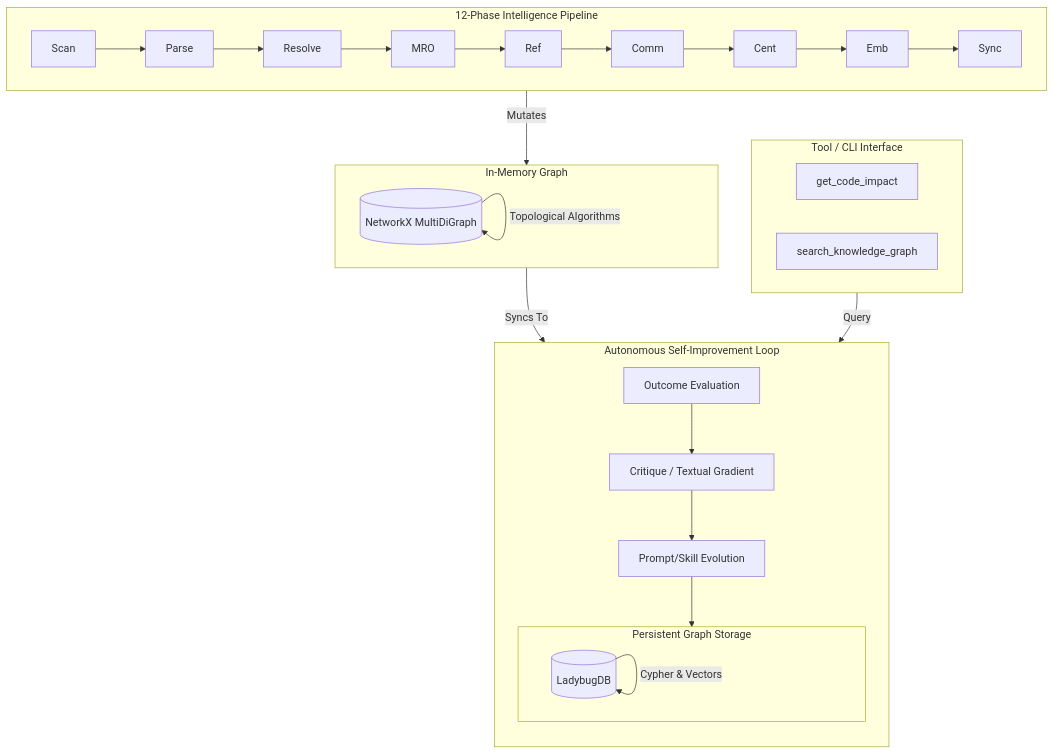
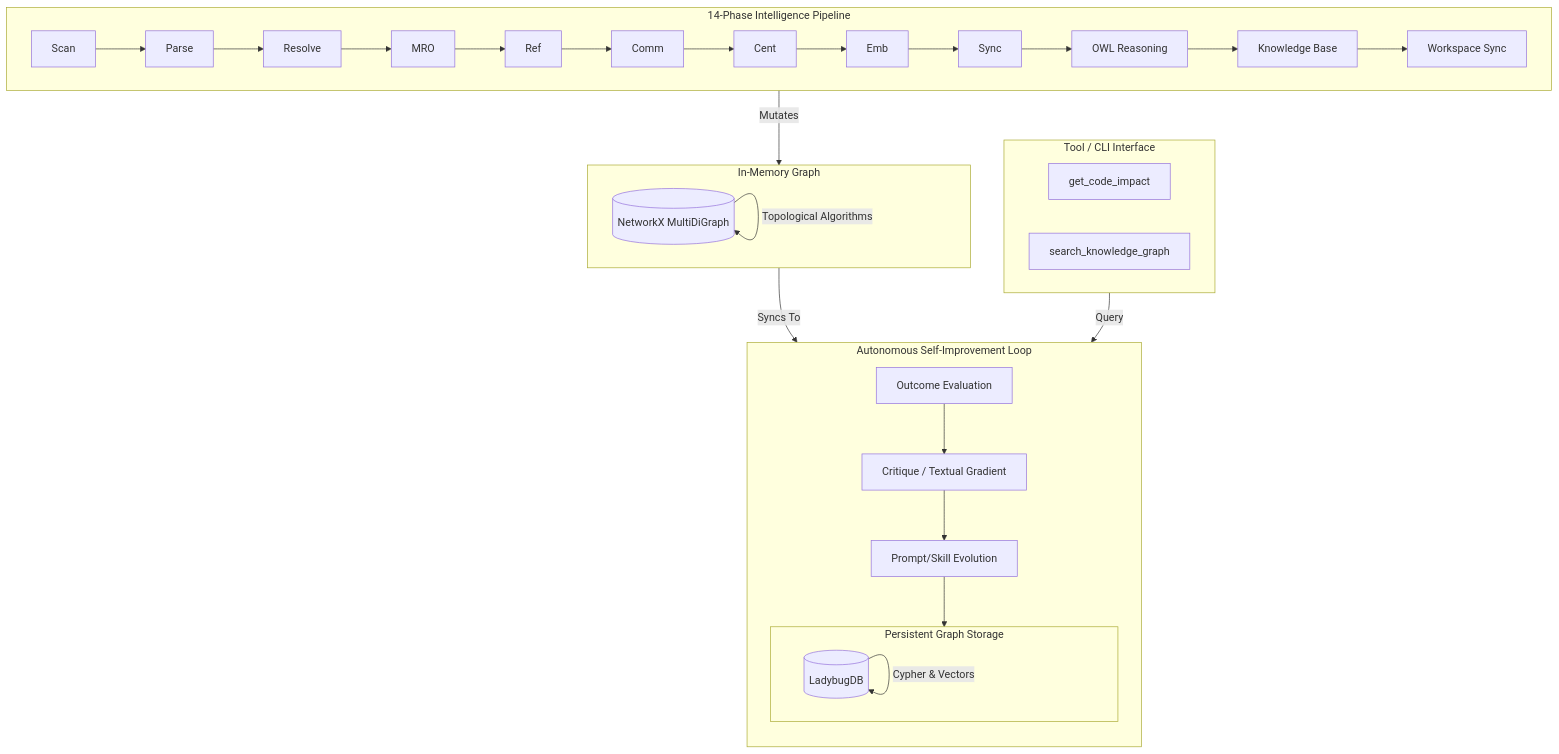
Before and after one commit to Knuckles-Team/agent-utilities: the first of 5 diagrams in README.md, drawn with Mermaid. The commit also changed other lines of this file and 189 other files, not shown here.

````diff
--- a/README.md
+++ b/README.md
@@ -81,33 +83,33 @@
 ```mermaid
 graph TD
-    subgraph Ingestion_Pipeline [12-Phase Intelligence Pipeline]
+    subgraph Ingestion_Pipeline [14-Phase Intelligence Pipeline]
         direction LR
-        Scan --> Parse --> Resolve --> MRO --> Ref --> Comm --> Cent --> Emb --> Sync
+        Scan --> Parse --> Resolve --> MRO --> Ref --> Comm --> Cent --> Emb --> Sync --> OWL[OWL Reasoning] --> KB[Knowledge Base] --> WS[Workspace Sync]
     end
 
     subgraph Memory_Layer [In-Memory Graph]
         NX[(NetworkX MultiDiGraph)]
         NX -- "Topological Algorithms" --> NX
     end
 
     subgraph Persistence_Layer [Persistent Graph Storage]
         LDB[(LadybugDB)]
         LDB -- "Cypher & Vectors" --> LDB
     end
 
     subgraph Query_Layer [Tool / CLI Interface]
         Q_Impact[get_code_impact]
         Q_Query[search_knowledge_graph]
     end
 
     Ingestion_Pipeline -- "Mutates" --> Memory_Layer
     Memory_Layer -- "Syncs To" --> Persistence_Layer
     Query_Layer -- "Query" --> Persistence_Layer
 
     subgraph Autonomous_Loop [Autonomous Self-Improvement Loop]
         direction TB
         Outcome[Outcome Evaluation] --> Critique[Critique / Textual Gradient]
         Critique --> Evolution[Prompt/Skill Evolution]
         Evolution --> Persistence_Layer
     end
 ```
````
